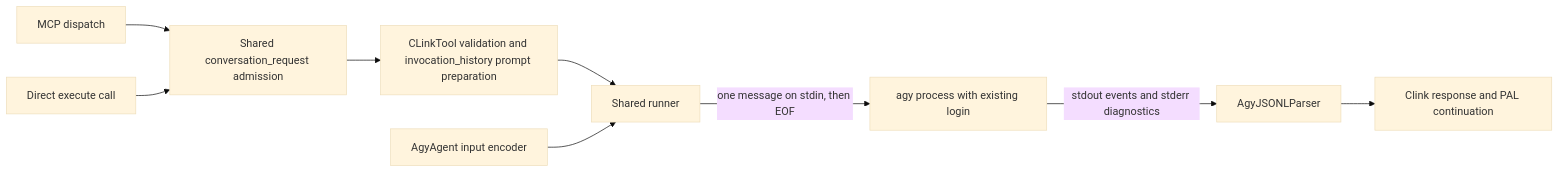
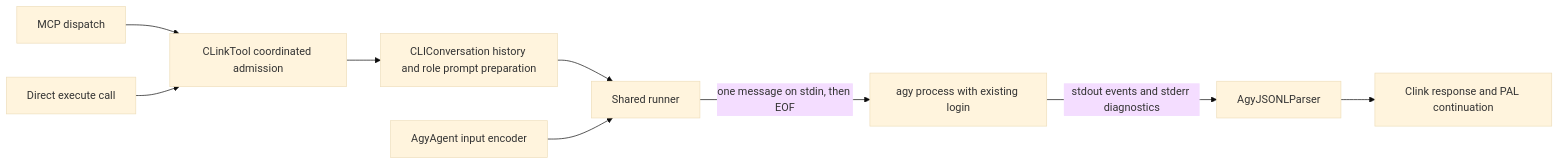
Before and after one commit to serpro69/pal-mcp-server: the diagram in docs/feat/wip/antigravity-clink/design.md, drawn with Mermaid (base theme). The commit also changed other lines of this file and 17 other files, not shown here.

Commit message:
Add default-role Antigravity support to clink

````diff
--- a/docs/feat/wip/antigravity-clink/design.md
+++ b/docs/feat/wip/antigravity-clink/design.md
@@ -73,11 +73,11 @@
 ```mermaid
 flowchart LR
-    M[MCP dispatch] --> P[Shared conversation_request admission]
+    M[MCP dispatch] --> P[CLinkTool coordinated admission]
     D[Direct execute call] --> P
-    P --> T[CLinkTool validation and invocation_history prompt preparation]
+    P --> T[CLIConversation history and role prompt preparation]
     T --> R[Shared runner]
     A[AgyAgent input encoder] --> R
     R -->|one message on stdin, then EOF| C[agy process with existing login]
     C -->|stdout events and stderr diagnostics| J[AgyJSONLParser]
     J --> O[Clink response and PAL continuation]
 ```
````
